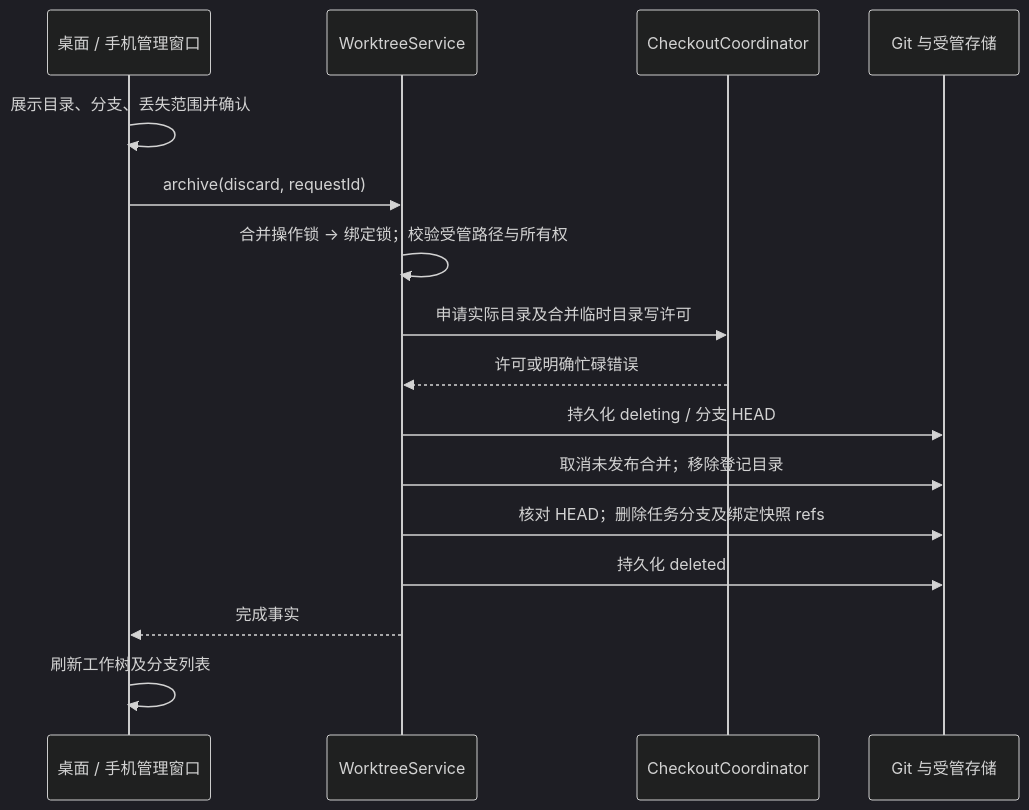
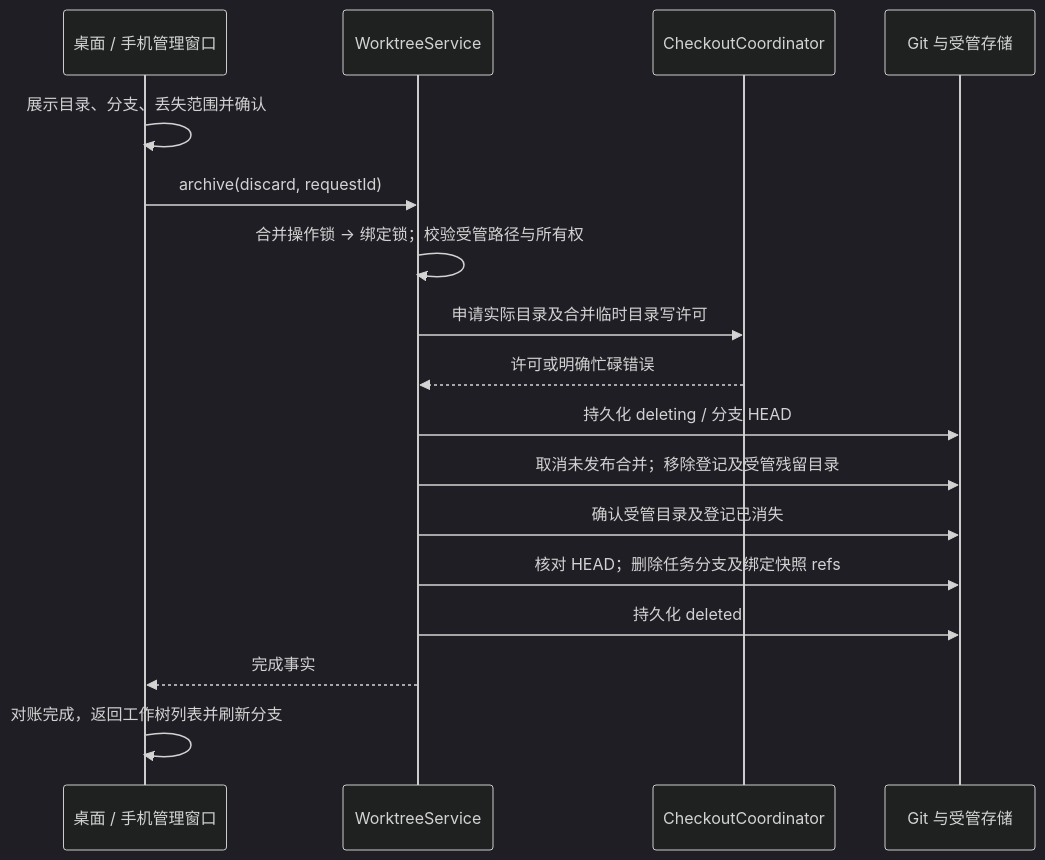
Before and after one commit to lemon-casino/LemonCode: the diagram in specs/worktree-discard.md, drawn with Mermaid (dark theme). The commit also changed other lines of this file and 17 other files, not shown here.

````diff
--- a/specs/worktree-discard.md
+++ b/specs/worktree-discard.md
@@ -21,18 +25,19 @@
 ```mermaid
 sequenceDiagram
   participant UI as 桌面 / 手机管理窗口
   participant Host as WorktreeService
   participant Lease as CheckoutCoordinator
   participant Git as Git 与受管存储
   UI->>UI: 展示目录、分支、丢失范围并确认
   UI->>Host: archive(discard, requestId)
   Host->>Host: 合并操作锁 → 绑定锁；校验受管路径与所有权
   Host->>Lease: 申请实际目录及合并临时目录写许可
   Lease-->>Host: 许可或明确忙碌错误
   Host->>Git: 持久化 deleting / 分支 HEAD
-  Host->>Git: 取消未发布合并；移除登记目录
+  Host->>Git: 取消未发布合并；移除登记及受管残留目录
+  Host->>Git: 确认受管目录及登记已消失
   Host->>Git: 核对 HEAD；删除任务分支及绑定快照 refs
   Host->>Git: 持久化 deleted
   Host-->>UI: 完成事实
-  UI->>UI: 刷新工作树及分支列表
+  UI->>UI: 对账完成，返回工作树列表并刷新分支
 ```
````
